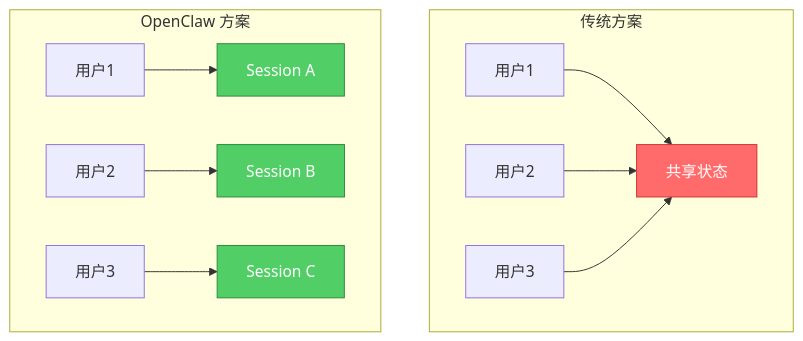
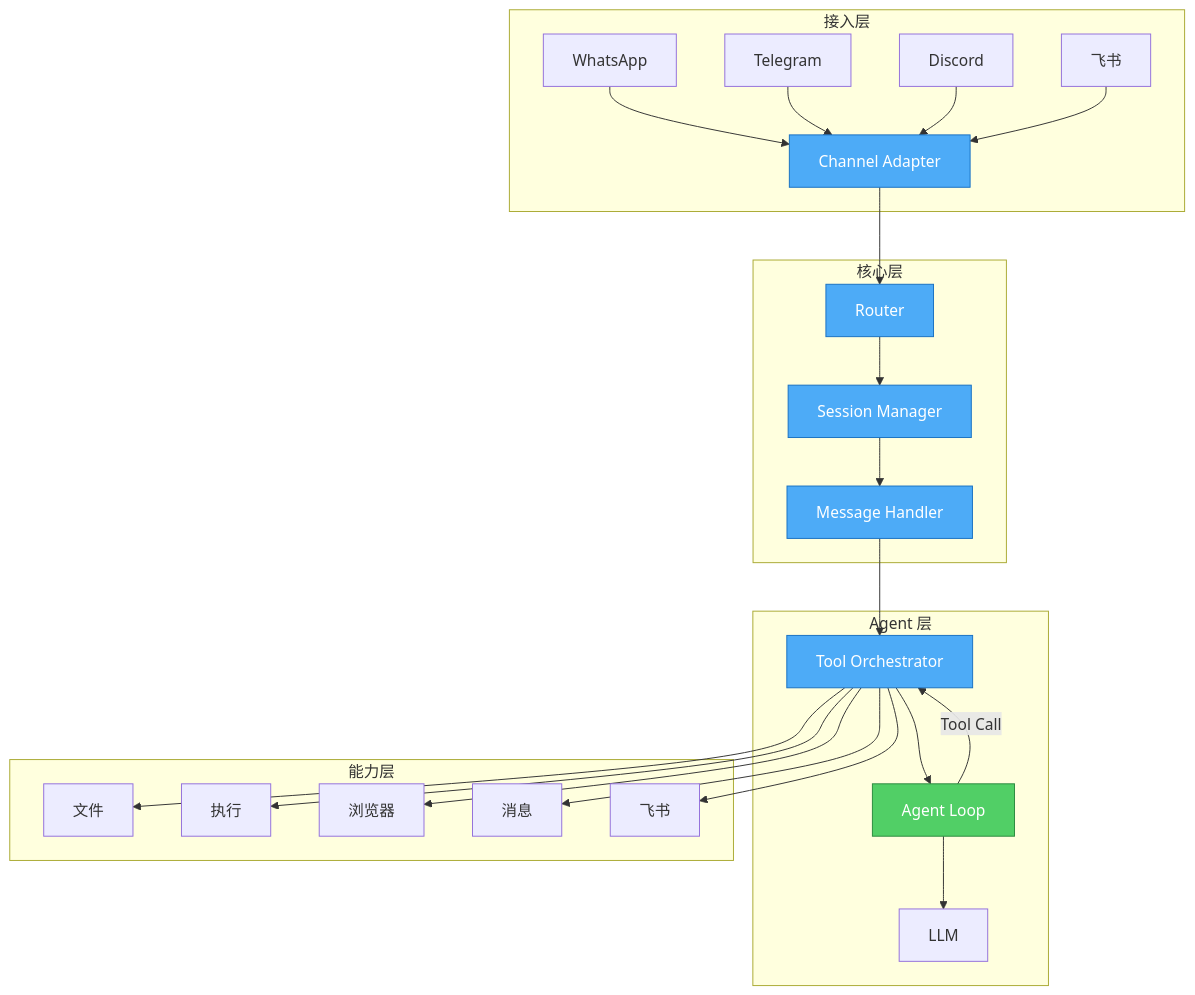
The third of 9 diagrams in _posts/2026-03-01-openclaw-agent-gateway.md (FreezeSoul/freezesoul.github.com), drawn with Mermaid before and after one commit. The commit also changed other lines of this file, not shown here.

Commit message:
feat: 重写 OpenClaw 架构文章（Agent 核心 + B/C 端对比）

````diff
--- a/_posts/2026-03-01-openclaw-agent-gateway.md
+++ b/_posts/2026-03-01-openclaw-agent-gateway.md
@@ -185,19 +99,37 @@
 ```mermaid
 graph TD
-    subgraph 传统方案
-        A[用户1] --> S[共享状态]
-        B[用户2] --> S
-        C[用户3] --> S
+    subgraph 接入层
+        WA[WhatsApp] --> C[Channel Adapter]
+        TG[Telegram] --> C
+        DC[Discord] --> C
+        FS[飞书] --> C
     end
     
-    subgraph OpenClaw 方案
-        D[用户1] --> S1[Session A]
-        E[用户2] --> S2[Session B]
-        F[用户3] --> S3[Session C]
+    subgraph 核心层
+        C --> R[Router]
+        R --> SM[Session Manager]
+        SM --> MH[Message Handler]
     end
     
-    style S fill:#ff6b6b,stroke:#d32f2f,color:#fff
-    style S1 fill:#51cf66,stroke:#2b8a3e,color:#fff
-    style S2 fill:#51cf66,stroke:#2b8a3e,color:#fff
-    style S3 fill:#51cf66,stroke:#2b8a3e,color:#fff
+    subgraph Agent 层
+        MH --> TO[Tool Orchestrator]
+        TO --> AG[Agent Loop]
+        AG -->|Tool Call| TO
+        AG --> LLM[LLM]
+    end
+    
+    subgraph 能力层
+        TO --> T1[文件]
+        TO --> T2[执行]
+        TO --> T3[浏览器]
+        TO --> T4[消息]
+        TO --> T5[飞书]
+    end
+    
+    style C fill:#4dabf7,stroke:#1971c2,color:#fff
+    style R fill:#4dabf7,stroke:#1971c2,color:#fff
+    style SM fill:#4dabf7,stroke:#1971c2,color:#fff
+    style MH fill:#4dabf7,stroke:#1971c2,color:#fff
+    style TO fill:#4dabf7,stroke:#1971c2,color:#fff
+    style AG fill:#51cf66,stroke:#2b8a3e,color:#fff
 ```
````
